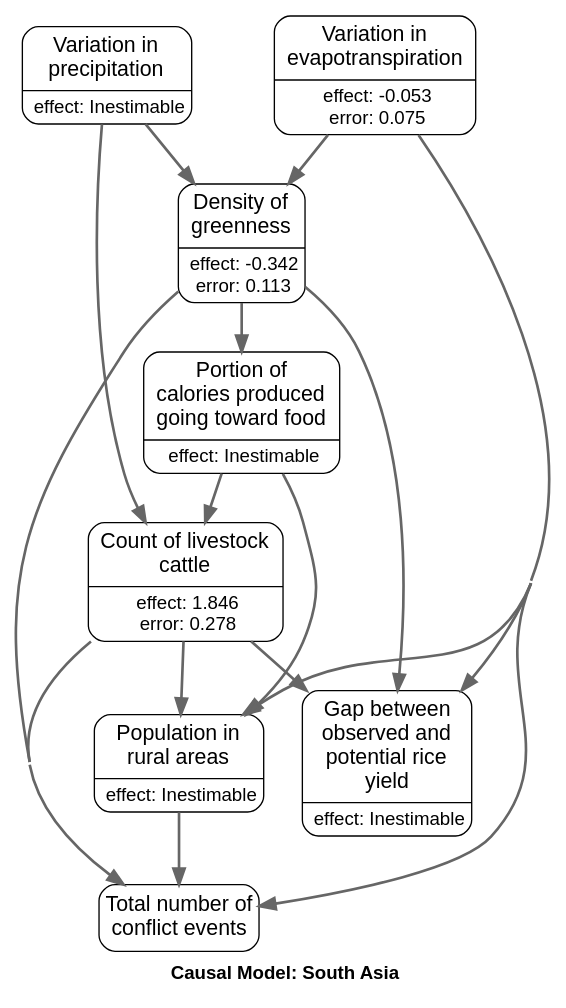
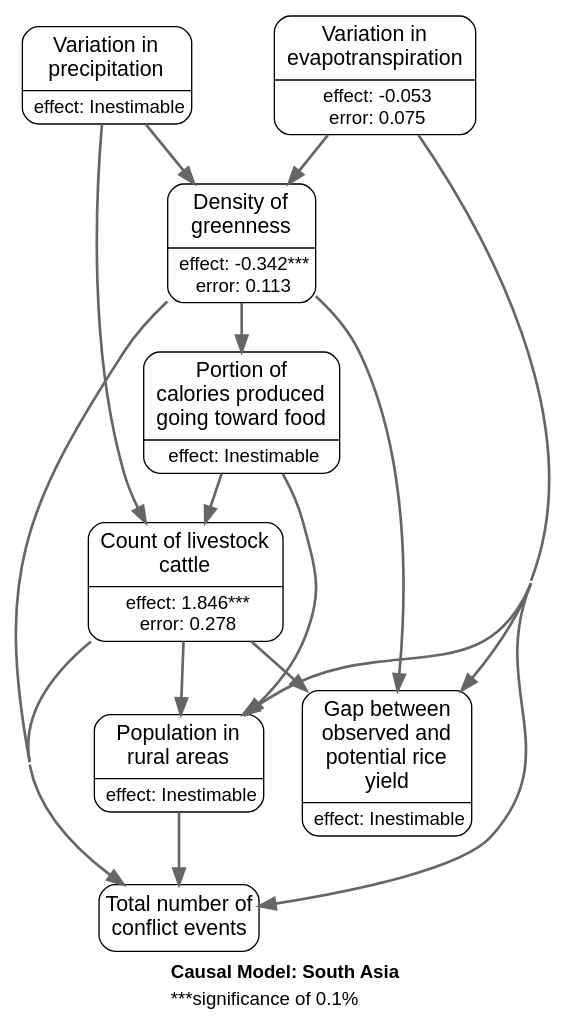
One commit to wri/wri-wpsi changed the diagram in app/javascript/images/regions/causal_graphs/south_asia.gv. Above: the diagram before and after it, drawn with Graphviz. The commit also changed 10 other files, not shown here.

Commit message:
update significance graph values

```diff
--- a/app/javascript/images/regions/causal_graphs/south_asia.gv
+++ b/app/javascript/images/regions/causal_graphs/south_asia.gv
@@ -1,66 +1,66 @@
 # generated file for region: south_asia by CausalModelRegionGenerator
 strict digraph causalModel {
 fontname="Helvetica, Arial, sans-serif";
-label=<<TABLE BORDER="0" CELLBORDER="0" CELLSPACING="0"><TR><TD></TD></TR><TR><TD ALIGN="LEFT"><B>Causal Model: South Asia</B></TD></TR></TABLE>>;
+label=<<TABLE BORDER="0" CELLBORDER="0" CELLSPACING="0"><TR><TD></TD></TR><TR><TD ALIGN="LEFT"><B>Causal Model: South Asia</B></TD></TR><TR><TD ALIGN="LEFT">***significance of 0.1%</TD></TR></TABLE>>;
 labelloc = b;
 nodesep = 0.4;
 concentrate = true;
 node[shape = Mrecord, fontname = "Helvetica, Arial, sans-serif", margin = "0.10,0.06", penwidth = 1.0];
 edge[arrowsize = 1.2 penwidth = 2 color="#666666"];
 
 # nodes
 et_anom_m_STD_m [label = <{<table align="center" border="0" cellspacing="1" cellpadding="1">
 <tr><td><font point-size="16">Variation in<br/>evapotranspiration<br/></font></td></tr>
 </table>
 |<table border="0" cellspacing="1" cellpadding="0.5"><tr><td><font point-size="14">effect: -0.053</font></td></tr>
 <tr><td><font point-size="14">error: 0.075</font></td></tr></table>}>, class = rankA];
 DeliveredkcalFraction_s [label = <{<table align="center" border="0" cellspacing="1" cellpadding="1">
 <tr><td><font point-size="16">Portion of<br/>calories produced<br/>going toward food<br/></font></td></tr>
 </table>
 |<table border="0" cellspacing="1" cellpadding="0.5"><tr><td><font point-size="14">effect: Inestimable</font></td></tr></table>}>, class = rankB];
 ndvi_act_med_m [label = <{<table align="center" border="0" cellspacing="1" cellpadding="1">
 <tr><td><font point-size="16">Density of<br/>greenness<br/></font></td></tr>
 </table>
-|<table border="0" cellspacing="1" cellpadding="0.5"><tr><td><font point-size="14">effect: -0.342</font></td></tr>
+|<table border="0" cellspacing="1" cellpadding="0.5"><tr><td><font point-size="14">effect: -0.342***</font></td></tr>
 <tr><td><font point-size="14">error: 0.113</font></td></tr></table>}>, class = rankB];
 cattle_number_s [label = <{<table align="center" border="0" cellspacing="1" cellpadding="1">
 <tr><td><font point-size="16">Count of livestock<br/>cattle<br/></font></td></tr>
 </table>
-|<table border="0" cellspacing="1" cellpadding="0.5"><tr><td><font point-size="14">effect: 1.846</font></td></tr>
+|<table border="0" cellspacing="1" cellpadding="0.5"><tr><td><font point-size="14">effect: 1.846***</font></td></tr>
 <tr><td><font point-size="14">error: 0.278</font></td></tr></table>}>, class = rankB];
 spi_1_f2_m [label = <{<table align="center" border="0" cellspacing="1" cellpadding="1">
 <tr><td><font point-size="16">Variation in<br/>precipitation<br/></font></td></tr>
 </table>
 |<table border="0" cellspacing="1" cellpadding="0.5"><tr><td><font point-size="14">effect: Inestimable</font></td></tr></table>}>, class = rankA];
 yield_gap_rice_s [label = <{<table align="center" border="0" cellspacing="1" cellpadding="1">
 <tr><td><font point-size="16">Gap between<br/>observed and<br/>potential rice<br/>yield<br/></font></td></tr>
 </table>
 |<table border="0" cellspacing="1" cellpadding="0.5"><tr><td><font point-size="14">effect: Inestimable</font></td></tr></table>}>, class = rankB];
 rurpop_s [label = <{<table align="center" border="0" cellspacing="1" cellpadding="1">
 <tr><td><font point-size="16">Population in<br/>rural areas<br/></font></td></tr>
 </table>
 |<table border="0" cellspacing="1" cellpadding="0.5"><tr><td><font point-size="14">effect: Inestimable</font></td></tr></table>}>, class = rankB];
 acl_sum_evnt_m [label = "Total number of
 conflict events" class = rankC shape=box style=rounded fontsize="16pt" margin = "0.05,0.10"];
 
 #ranks
 {rank=same; et_anom_m_STD_m spi_1_f2_m; }
 
 # links
 et_anom_m_STD_m -> ndvi_act_med_m;
 et_anom_m_STD_m -> yield_gap_rice_s;
 et_anom_m_STD_m -> rurpop_s;
 et_anom_m_STD_m -> acl_sum_evnt_m;
 DeliveredkcalFraction_s -> cattle_number_s;
 DeliveredkcalFraction_s -> rurpop_s;
 ndvi_act_med_m -> DeliveredkcalFraction_s;
 ndvi_act_med_m -> yield_gap_rice_s;
 ndvi_act_med_m -> acl_sum_evnt_m;
 cattle_number_s -> yield_gap_rice_s;
 cattle_number_s -> rurpop_s;
 cattle_number_s -> acl_sum_evnt_m;
 spi_1_f2_m -> ndvi_act_med_m;
 spi_1_f2_m -> cattle_number_s;
 rurpop_s -> acl_sum_evnt_m;
 
 }
```
